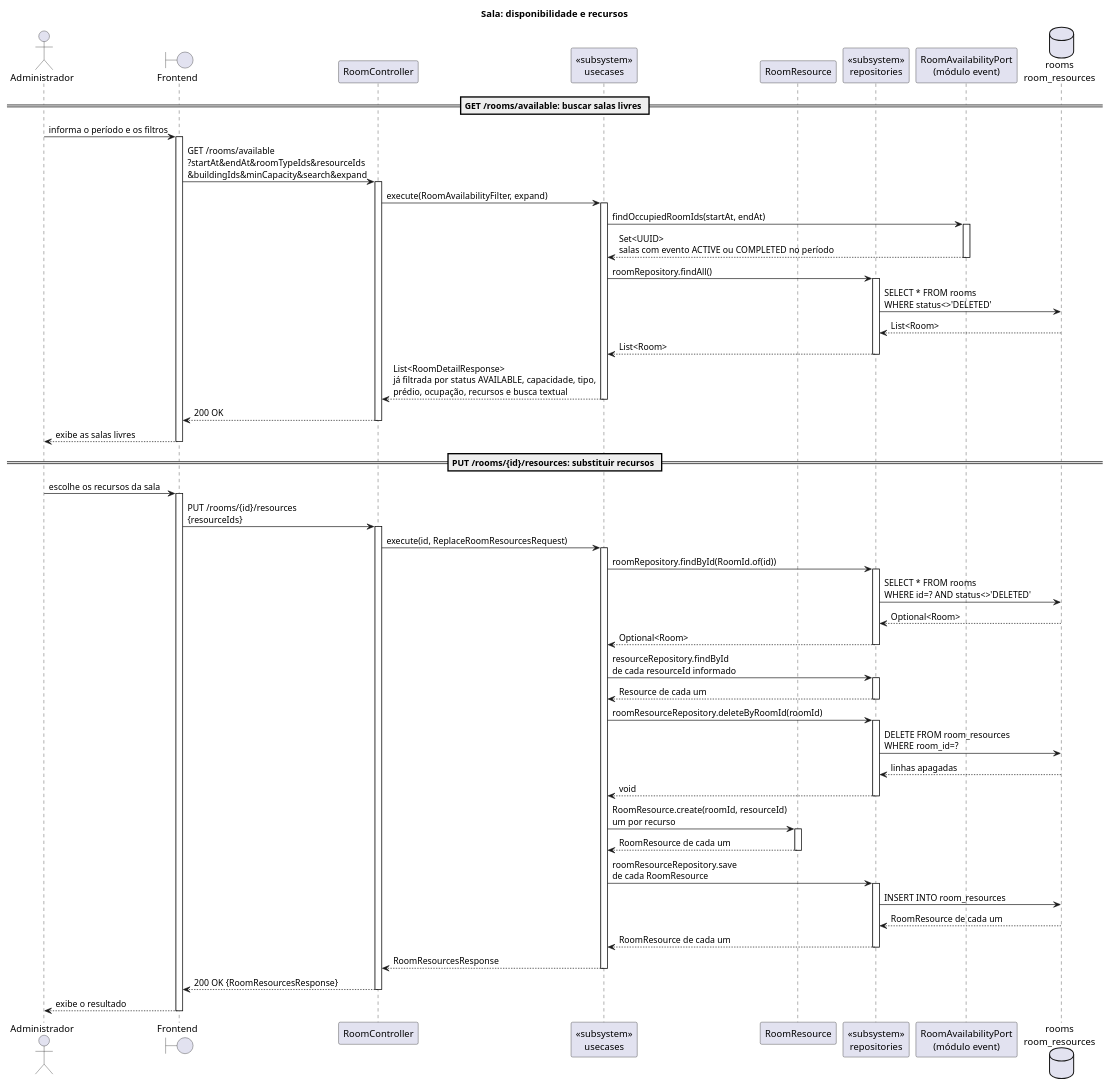
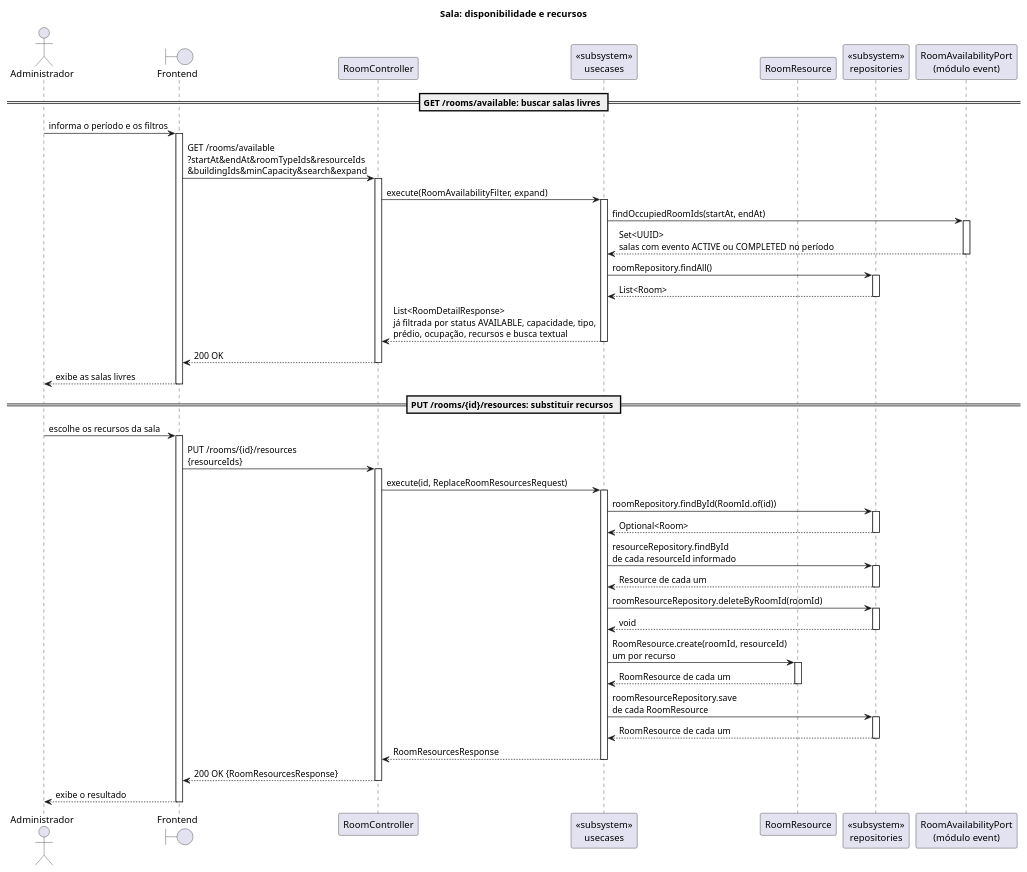
One commit to Neoguara/rooms-diagrams changed the diagram in src/plantuml/sequencia/simples/room_availability_and_resources.puml. Above: the diagram before and after it, drawn with PlantUML. The commit also changed 23 other files, not shown here.

```diff
--- a/src/plantuml/sequencia/simples/room_availability_and_resources.puml
+++ b/src/plantuml/sequencia/simples/room_availability_and_resources.puml
@@ -1,106 +1,100 @@
 @startuml room_availability_and_resources_simples
 
 ' Os dois endpoints do recorte de sala que não são CRUD, no estilo simplista. O CRUD está
 ' em room.puml. Os diagramas completos continuam em sequencia/room/, e é lá que estão os
 ' desvios.
 '
 ' São os dois que fogem do padrão do módulo: um consulta outro módulo pela porta de
 ' disponibilidade, o outro escreve em duas tabelas dentro da mesma transação.
 '
 ' Cinco cortes em relação aos completos:
 '   1. Porta e implementação viram um participante só, tipado como «subsystem».
 '   2. Só o caminho de sucesso. Nenhum alt: os erros (404, 422) estão nos completos.
 '   3. Nenhum loop. Onde o código repete por item, a repetição fica dita na mensagem.
 '   4. Nenhuma mensagem para si mesmo: fluxo interno não é troca entre participantes.
+'   5. O armazenamento não aparece. As mensagens param no participante de repositório,
+'      e a consulta ou gravação fica implícita: o que importa é a conversa entre as
+'      camadas, não o SQL.
 '   5. Ativação só em trecho reto, abrindo e fechando no mesmo nível.
 
 title Sala: disponibilidade e recursos
 
 actor "Administrador" as Ator
 boundary "Frontend" as FE
 participant "RoomController" as Ctrl
 
 participant "<<subsystem>>\nusecases" as UC
 
 participant "RoomResource" as RR
 
 participant "<<subsystem>>\nrepositories" as Repo
 participant "RoomAvailabilityPort\n(módulo event)" as Avail
-database "rooms\nroom_resources" as DB
 
 == GET /rooms/available: buscar salas livres ==
 
 Ator -> FE: informa o período e os filtros
 activate FE
 FE -> Ctrl: GET /rooms/available\n?startAt&endAt&roomTypeIds&resourceIds\n&buildingIds&minCapacity&search&expand
 activate Ctrl
 Ctrl -> UC: execute(RoomAvailabilityFilter, expand)
 activate UC
 
 UC -> Avail: findOccupiedRoomIds(startAt, endAt)
 activate Avail
 Avail --> UC: Set<UUID>\nsalas com evento ACTIVE ou COMPLETED no período
 deactivate Avail
 
 UC -> Repo: roomRepository.findAll()
 activate Repo
-Repo -> DB: SELECT * FROM rooms\nWHERE status<>'DELETED'
-DB --> Repo: List<Room>
 Repo --> UC: List<Room>
 deactivate Repo
 
 UC --> Ctrl: List<RoomDetailResponse>\njá filtrada por status AVAILABLE, capacidade, tipo,\nprédio, ocupação, recursos e busca textual
 deactivate UC
 Ctrl --> FE: 200 OK
 deactivate Ctrl
 FE --> Ator: exibe as salas livres
 deactivate FE
 
 == PUT /rooms/{id}/resources: substituir recursos ==
 
 Ator -> FE: escolhe os recursos da sala
 activate FE
 FE -> Ctrl: PUT /rooms/{id}/resources\n{resourceIds}
 activate Ctrl
 Ctrl -> UC: execute(id, ReplaceRoomResourcesRequest)
 activate UC
 
 UC -> Repo: roomRepository.findById(RoomId.of(id))
 activate Repo
-Repo -> DB: SELECT * FROM rooms\nWHERE id=? AND status<>'DELETED'
-DB --> Repo: Optional<Room>
 Repo --> UC: Optional<Room>
 deactivate Repo
 
 UC -> Repo: resourceRepository.findById\nde cada resourceId informado
 activate Repo
 Repo --> UC: Resource de cada um
 deactivate Repo
 
 UC -> Repo: roomResourceRepository.deleteByRoomId(roomId)
 activate Repo
-Repo -> DB: DELETE FROM room_resources\nWHERE room_id=?
-DB --> Repo: linhas apagadas
 Repo --> UC: void
 deactivate Repo
 
 UC -> RR: RoomResource.create(roomId, resourceId)\num por recurso
 activate RR
 RR --> UC: RoomResource de cada um
 deactivate RR
 
 UC -> Repo: roomResourceRepository.save\nde cada RoomResource
 activate Repo
-Repo -> DB: INSERT INTO room_resources
-DB --> Repo: RoomResource de cada um
 Repo --> UC: RoomResource de cada um
 deactivate Repo
 
 UC --> Ctrl: RoomResourcesResponse
 deactivate UC
 Ctrl --> FE: 200 OK {RoomResourcesResponse}
 deactivate Ctrl
 FE --> Ator: exibe o resultado
 deactivate FE
 
 @enduml
```
